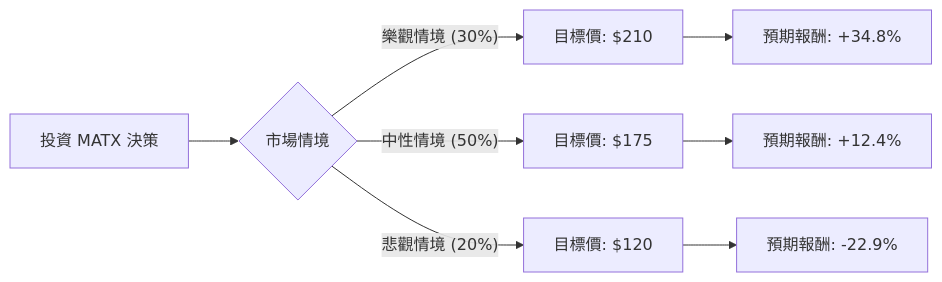
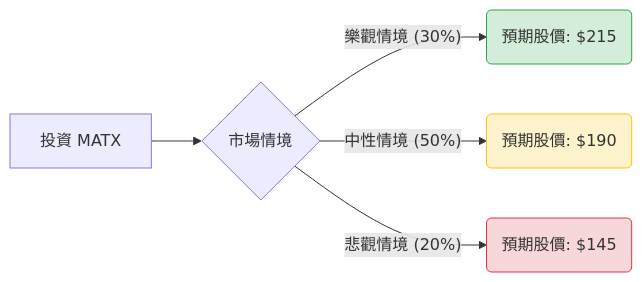
The diagram in plugin-react/ai-analysis/ev-analysis/MATX.md (zmcx16/zmcx16.github.io), drawn with Mermaid before and after one commit. The commit also changed other lines of this file and 76 other files, not shown here.

````diff
--- a/plugin-react/ai-analysis/ev-analysis/MATX.md
+++ b/plugin-react/ai-analysis/ev-analysis/MATX.md
@@ -19,12 +20,12 @@
 ```mermaid
 graph LR
-    A[投資 MATX 決策] --> B{市場情境}
+    A[投資 MATX] --> B{市場情境}
     
-    B -- 樂觀情境 (30%) --> C[目標價: $210]
-    B -- 中性情境 (50%) --> D[目標價: $175]
-    B -- 悲觀情境 (20%) --> E[目標價: $120]
+    B -- 樂觀情境 (30%) --> C(預期股價: $215)
+    B -- 中性情境 (50%) --> D(預期股價: $190)
+    B -- 悲觀情境 (20%) --> E(預期股價: $145)
 
-    C --> F[預期報酬: +34.8%]
-    D --> G[預期報酬: +12.4%]
-    E --> H[預期報酬: -22.9%]
+    style C fill:#d4edda,stroke:#28a745
+    style D fill:#fff3cd,stroke:#ffc107
+    style E fill:#f8d7da,stroke:#dc3545
 ```
````
